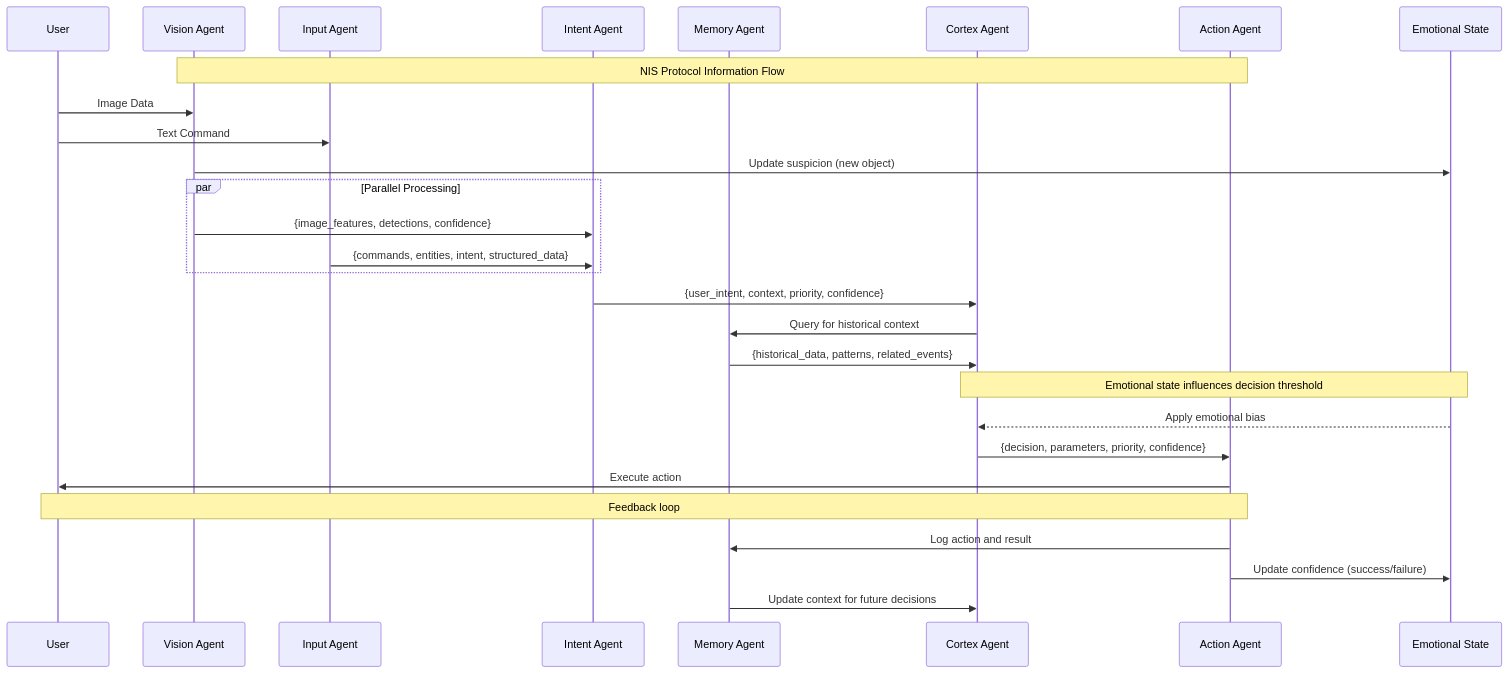
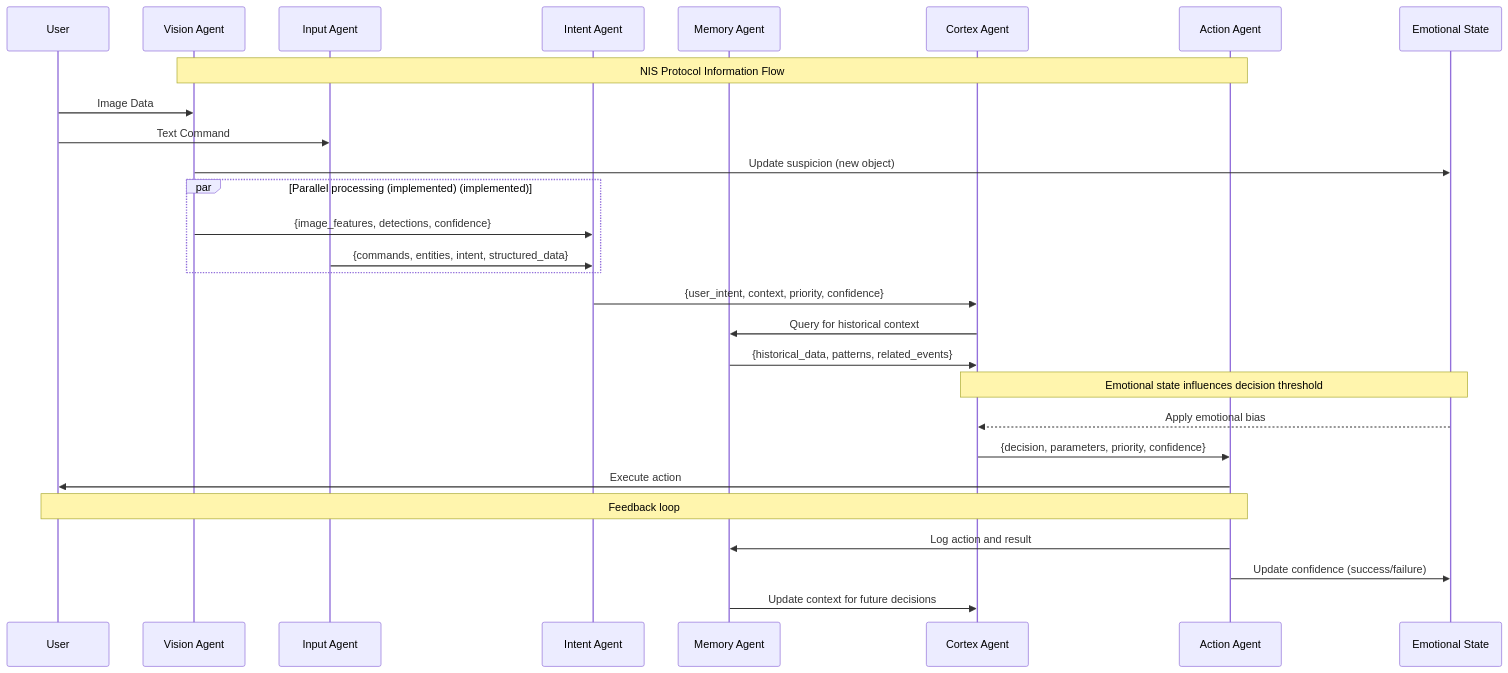
Before and after one commit to Organica-Ai-Solutions/NIS_Protocol: the diagram in docs/diagrams/system_flow/message_flow.md, drawn with Mermaid. The commit also changed other lines of this file and 160 other files, not shown here.

````diff
--- a/docs/diagrams/system_flow/message_flow.md
+++ b/docs/diagrams/system_flow/message_flow.md
@@ -1,41 +1,41 @@
 ```mermaid
 sequenceDiagram
     participant User
     participant Vision as Vision Agent
     participant Input as Input Agent
     participant Intent as Intent Agent
     participant Memory as Memory Agent
     participant Cortex as Cortex Agent
     participant Action as Action Agent
     participant Emotion as Emotional State
     
     Note over Vision,Action: NIS Protocol Information Flow
     
     User->>Vision: Image Data
     User->>Input: Text Command
     
     Vision->>Emotion: Update suspicion (new object)
     
-    par Parallel Processing
+    par Parallel processing (implemented) (implemented)
         Vision->>Intent: {image_features, detections, confidence}
         Input->>Intent: {commands, entities, intent, structured_data}
     end
     
     Intent->>Cortex: {user_intent, context, priority, confidence}
     
     Cortex->>Memory: Query for historical context
     Memory->>Cortex: {historical_data, patterns, related_events}
     
     Note over Emotion,Cortex: Emotional state influences decision threshold
     Emotion-->>Cortex: Apply emotional bias
     
     Cortex->>Action: {decision, parameters, priority, confidence}
     
     Action->>User: Execute action
     
     Note over User,Action: Feedback loop
     Action->>Memory: Log action and result
     Action->>Emotion: Update confidence (success/failure)
     
     Memory->>Cortex: Update context for future decisions
 ```
````
